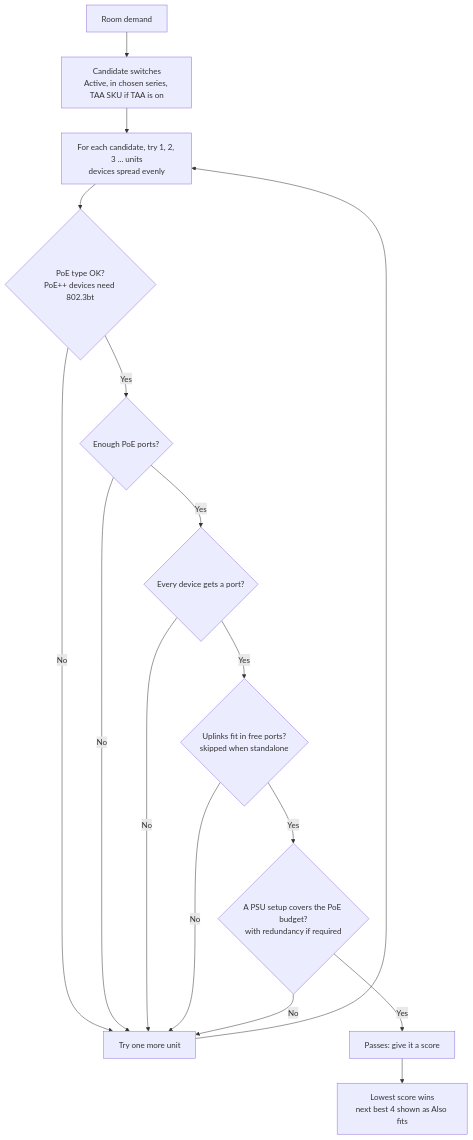
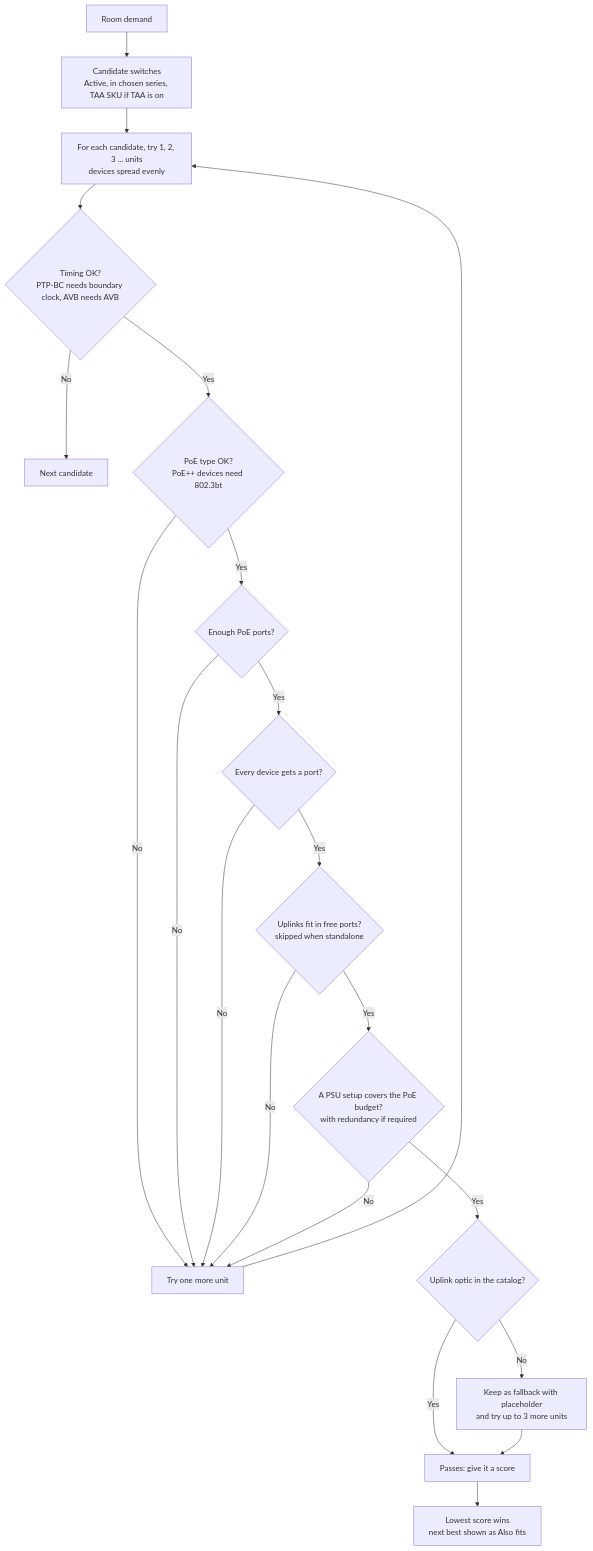
One commit to MichaelDNTGR/ntgr-bom-public changed the second of 5 diagrams in docs/design-logic.md. Above: the diagram before and after it, drawn with Mermaid. The commit also changed other lines of this file and 1 other file, not shown here.

First line of the commit message:
Update design flowcharts and add an overview diagram to the README

````diff
--- a/docs/design-logic.md
+++ b/docs/design-logic.md
@@ -38,18 +42,23 @@
 ```mermaid
 flowchart TD
     A["Room demand"] --> B["Candidate switches<br/>Active, in chosen series, TAA SKU if TAA is on"]
     B --> C["For each candidate, try 1, 2, 3 ... units<br/>devices spread evenly"]
-    C --> P1{"PoE type OK?<br/>PoE++ devices need 802.3bt"}
+    C --> T{"Timing OK?<br/>PTP-BC needs boundary clock, AVB needs AVB"}
+    T -- No --> X["Next candidate"]
+    T -- Yes --> P1{"PoE type OK?<br/>PoE++ devices need 802.3bt"}
     P1 -- No --> N["Try one more unit"]
     P1 -- Yes --> P2{"Enough PoE ports?"}
     P2 -- No --> N
     P2 -- Yes --> P3{"Every device gets a port?"}
     P3 -- No --> N
     P3 -- Yes --> P4{"Uplinks fit in free ports?<br/>skipped when standalone"}
     P4 -- No --> N
     P4 -- Yes --> P5{"A PSU setup covers the PoE budget?<br/>with redundancy if required"}
     P5 -- No --> N
     N --> C
-    P5 -- Yes --> SC["Passes: give it a score"]
-    SC --> R["Lowest score wins<br/>next best 4 shown as Also fits"]
+    P5 -- Yes --> P6{"Uplink optic in the catalog?"}
+    P6 -- Yes --> SC["Passes: give it a score"]
+    P6 -- No --> M["Keep as fallback with placeholder<br/>and try up to 3 more units"]
+    M --> SC
+    SC --> R["Lowest score wins<br/>next best shown as Also fits"]
 ```
````
